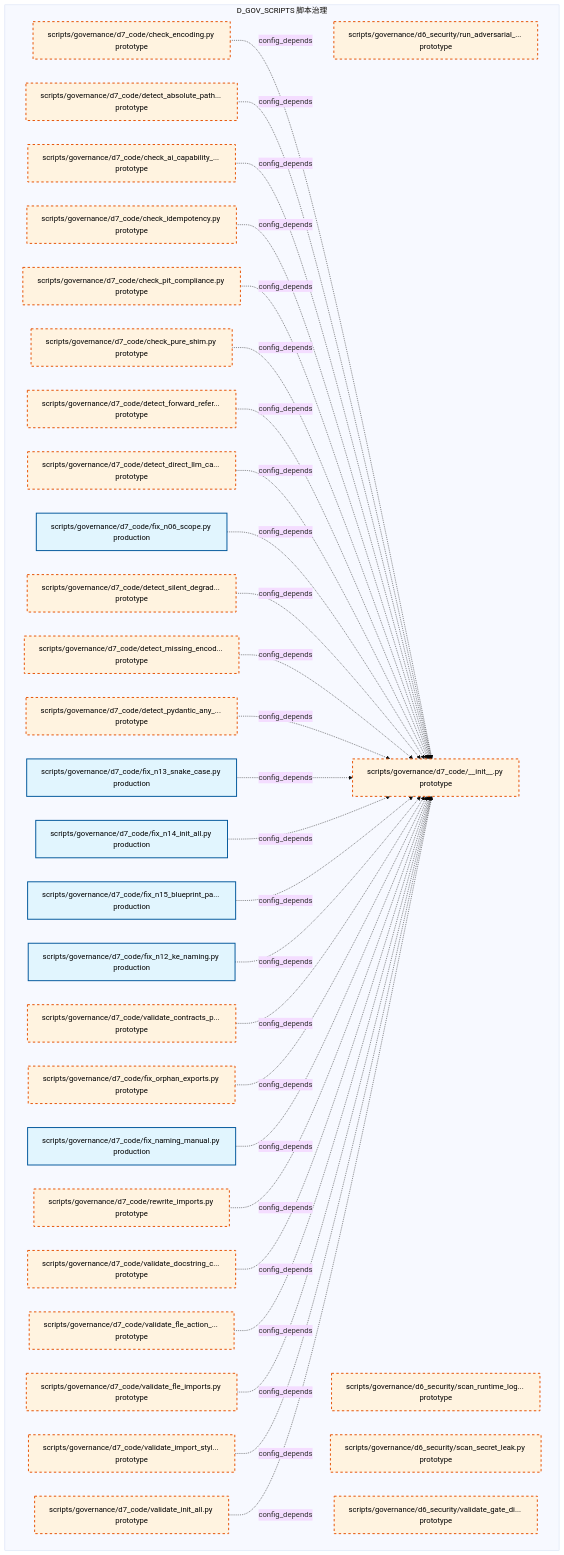
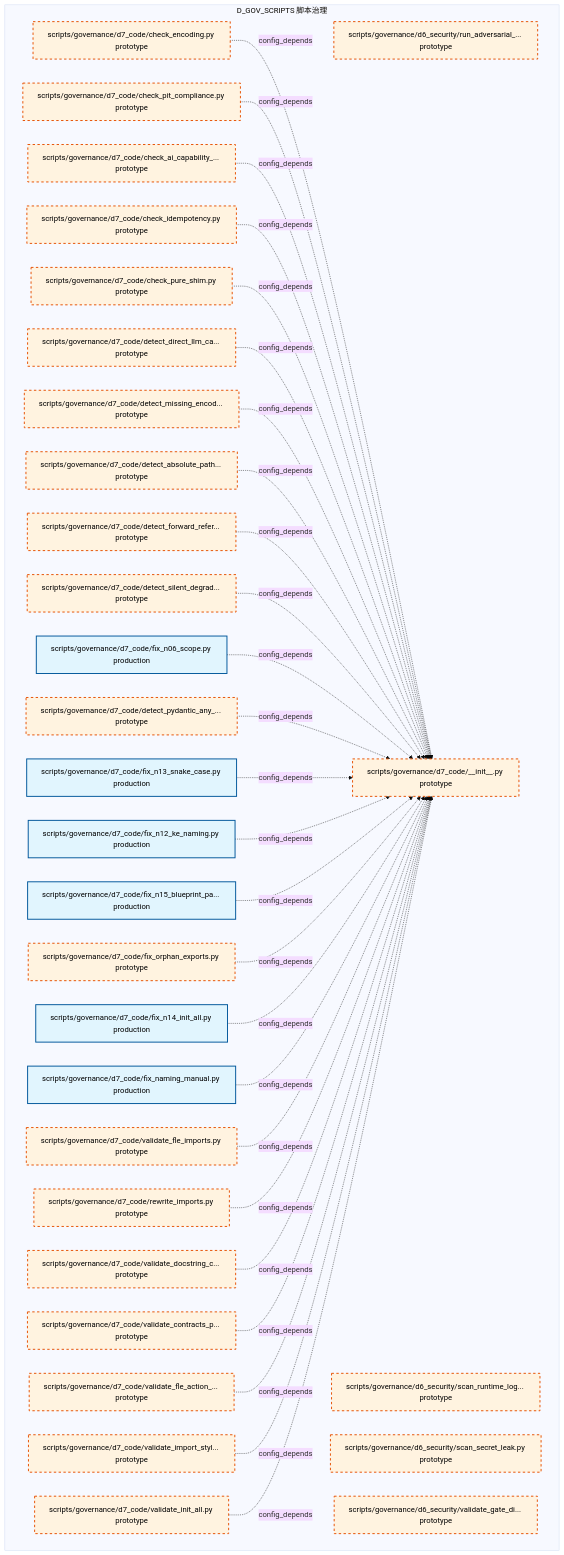
One commit to xuanFelixVan/ZephyrAlpha changed the tenth of 15 diagrams in docs/02_enterprise_architecture/02_domain_architecture_docs/39_d_gov_scripts.md. Above: the diagram before and after it, drawn with Mermaid (base theme). The commit also changed other lines of this file and 105 other files, not shown here.

````diff
--- a/docs/02_enterprise_architecture/02_domain_architecture_docs/39_d_gov_scripts.md
+++ b/docs/02_enterprise_architecture/02_domain_architecture_docs/39_d_gov_scripts.md
@@ -696,66 +696,66 @@
 ```mermaid
 graph TD
     subgraph D_GOV_SCRIPTS["D_GOV_SCRIPTS 脚本治理"]
         scripts_governance_d6_security_run_adversarial_checks_py["scripts/governance/d6_security/run_adversarial_... prototype"]
         scripts_governance_d6_security_scan_runtime_log_secrets_py["scripts/governance/d6_security/scan_runtime_log... prototype"]
         scripts_governance_d6_security_scan_secret_leak_py["scripts/governance/d6_security/scan_secret_leak.py prototype"]
         scripts_governance_d6_security_validate_gate_discipline_py["scripts/governance/d6_security/validate_gate_di... prototype"]
         scripts_governance_d7_code_init_py["scripts/governance/d7_code/__init__.py prototype"]
         scripts_governance_d7_code_check_ai_capability_boundary_py["scripts/governance/d7_code/check_ai_capability_... prototype"]
         scripts_governance_d7_code_check_encoding_py["scripts/governance/d7_code/check_encoding.py prototype"]
         scripts_governance_d7_code_check_idempotency_py["scripts/governance/d7_code/check_idempotency.py prototype"]
         scripts_governance_d7_code_check_pit_compliance_py["scripts/governance/d7_code/check_pit_compliance.py prototype"]
         scripts_governance_d7_code_check_pure_shim_py["scripts/governance/d7_code/check_pure_shim.py prototype"]
         scripts_governance_d7_code_detect_absolute_path_hardcoding_py["scripts/governance/d7_code/detect_absolute_path... prototype"]
         scripts_governance_d7_code_detect_direct_llm_calls_py["scripts/governance/d7_code/detect_direct_llm_ca... prototype"]
         scripts_governance_d7_code_detect_forward_reference_py["scripts/governance/d7_code/detect_forward_refer... prototype"]
         scripts_governance_d7_code_detect_missing_encoding_py["scripts/governance/d7_code/detect_missing_encod... prototype"]
         scripts_governance_d7_code_detect_pydantic_any_fields_py["scripts/governance/d7_code/detect_pydantic_any_... prototype"]
         scripts_governance_d7_code_detect_silent_degradation_py["scripts/governance/d7_code/detect_silent_degrad... prototype"]
         scripts_governance_d7_code_fix_n06_scope_py["scripts/governance/d7_code/fix_n06_scope.py production"]
         scripts_governance_d7_code_fix_n12_ke_naming_py["scripts/governance/d7_code/fix_n12_ke_naming.py production"]
         scripts_governance_d7_code_fix_n13_snake_case_py["scripts/governance/d7_code/fix_n13_snake_case.py production"]
         scripts_governance_d7_code_fix_n14_init_all_py["scripts/governance/d7_code/fix_n14_init_all.py production"]
         scripts_governance_d7_code_fix_n15_blueprint_path_py["scripts/governance/d7_code/fix_n15_blueprint_pa... production"]
         scripts_governance_d7_code_fix_naming_manual_py["scripts/governance/d7_code/fix_naming_manual.py production"]
         scripts_governance_d7_code_fix_orphan_exports_py["scripts/governance/d7_code/fix_orphan_exports.py prototype"]
         scripts_governance_d7_code_rewrite_imports_py["scripts/governance/d7_code/rewrite_imports.py prototype"]
         scripts_governance_d7_code_validate_contracts_purity_py["scripts/governance/d7_code/validate_contracts_p... prototype"]
         scripts_governance_d7_code_validate_docstring_coverage_py["scripts/governance/d7_code/validate_docstring_c... prototype"]
         scripts_governance_d7_code_validate_fle_action_metadata_py["scripts/governance/d7_code/validate_fle_action_... prototype"]
         scripts_governance_d7_code_validate_fle_imports_py["scripts/governance/d7_code/validate_fle_imports.py prototype"]
         scripts_governance_d7_code_validate_import_style_py["scripts/governance/d7_code/validate_import_styl... prototype"]
         scripts_governance_d7_code_validate_init_all_py["scripts/governance/d7_code/validate_init_all.py prototype"]
     end
     scripts_governance_d7_code_check_encoding_py -.->|config_depends| scripts_governance_d7_code_init_py
-    scripts_governance_d7_code_detect_absolute_path_hardcoding_py -.->|config_depends| scripts_governance_d7_code_init_py
+    scripts_governance_d7_code_check_pit_compliance_py -.->|config_depends| scripts_governance_d7_code_init_py
     scripts_governance_d7_code_check_ai_capability_boundary_py -.->|config_depends| scripts_governance_d7_code_init_py
     scripts_governance_d7_code_check_idempotency_py -.->|config_depends| scripts_governance_d7_code_init_py
-    scripts_governance_d7_code_check_pit_compliance_py -.->|config_depends| scripts_governance_d7_code_init_py
     scripts_governance_d7_code_check_pure_shim_py -.->|config_depends| scripts_governance_d7_code_init_py
+    scripts_governance_d7_code_detect_direct_llm_calls_py -.->|config_depends| scripts_governance_d7_code_init_py
+    scripts_governance_d7_code_detect_missing_encoding_py -.->|config_depends| scripts_governance_d7_code_init_py
+    scripts_governance_d7_code_detect_absolute_path_hardcoding_py -.->|config_depends| scripts_governance_d7_code_init_py
     scripts_governance_d7_code_detect_forward_reference_py -.->|config_depends| scripts_governance_d7_code_init_py
-    scripts_governance_d7_code_detect_direct_llm_calls_py -.->|config_depends| scripts_governance_d7_code_init_py
+    scripts_governance_d7_code_detect_silent_degradation_py -.->|config_depends| scripts_governance_d7_code_init_py
     scripts_governance_d7_code_fix_n06_scope_py -.->|config_depends| scripts_governance_d7_code_init_py
-    scripts_governance_d7_code_detect_silent_degradation_py -.->|config_depends| scripts_governance_d7_code_init_py
-    scripts_governance_d7_code_detect_missing_encoding_py -.->|config_depends| scripts_governance_d7_code_init_py
     scripts_governance_d7_code_detect_pydantic_any_fields_py -.->|config_depends| scripts_governance_d7_code_init_py
     scripts_governance_d7_code_fix_n13_snake_case_py -.->|config_depends| scripts_governance_d7_code_init_py
+    scripts_governance_d7_code_fix_n12_ke_naming_py -.->|config_depends| scripts_governance_d7_code_init_py
+    scripts_governance_d7_code_fix_n15_blueprint_path_py -.->|config_depends| scripts_governance_d7_code_init_py
+    scripts_governance_d7_code_fix_orphan_exports_py -.->|config_depends| scripts_governance_d7_code_init_py
     scripts_governance_d7_code_fix_n14_init_all_py -.->|config_depends| scripts_governance_d7_code_init_py
-    scripts_governance_d7_code_fix_n15_blueprint_path_py -.->|config_depends| scripts_governance_d7_code_init_py
-    scripts_governance_d7_code_fix_n12_ke_naming_py -.->|config_depends| scripts_governance_d7_code_init_py
-    scripts_governance_d7_code_validate_contracts_purity_py -.->|config_depends| scripts_governance_d7_code_init_py
-    scripts_governance_d7_code_fix_orphan_exports_py -.->|config_depends| scripts_governance_d7_code_init_py
     scripts_governance_d7_code_fix_naming_manual_py -.->|config_depends| scripts_governance_d7_code_init_py
+    scripts_governance_d7_code_validate_fle_imports_py -.->|config_depends| scripts_governance_d7_code_init_py
     scripts_governance_d7_code_rewrite_imports_py -.->|config_depends| scripts_governance_d7_code_init_py
     scripts_governance_d7_code_validate_docstring_coverage_py -.->|config_depends| scripts_governance_d7_code_init_py
+    scripts_governance_d7_code_validate_contracts_purity_py -.->|config_depends| scripts_governance_d7_code_init_py
     scripts_governance_d7_code_validate_fle_action_metadata_py -.->|config_depends| scripts_governance_d7_code_init_py
-    scripts_governance_d7_code_validate_fle_imports_py -.->|config_depends| scripts_governance_d7_code_init_py
     scripts_governance_d7_code_validate_import_style_py -.->|config_depends| scripts_governance_d7_code_init_py
     scripts_governance_d7_code_validate_init_all_py -.->|config_depends| scripts_governance_d7_code_init_py
     classDef production fill:#e1f5fe,stroke:#01579b,stroke-width:2px,color:#000
     classDef design fill:#fff3e0,stroke:#e65100,stroke-width:2px,color:#000,stroke-dasharray: 5 5
     classDef external_prod fill:#e8f5e9,stroke:#1b5e20,stroke-width:1px,color:#000
     classDef external_design fill:#fce4ec,stroke:#880e4f,stroke-width:1px,color:#000,stroke-dasharray: 5 5
     class scripts_governance_d7_code_fix_n06_scope_py,scripts_governance_d7_code_fix_n12_ke_naming_py,scripts_governance_d7_code_fix_n13_snake_case_py,scripts_governance_d7_code_fix_n14_init_all_py,scripts_governance_d7_code_fix_n15_blueprint_path_py,scripts_governance_d7_code_fix_naming_manual_py production
     class scripts_governance_d6_security_run_adversarial_checks_py,scripts_governance_d6_security_scan_runtime_log_secrets_py,scripts_governance_d6_security_scan_secret_leak_py,scripts_governance_d6_security_validate_gate_discipline_py,scripts_governance_d7_code_init_py,scripts_governance_d7_code_check_ai_capability_boundary_py,scripts_governance_d7_code_check_encoding_py,scripts_governance_d7_code_check_idempotency_py,scripts_governance_d7_code_check_pit_compliance_py,scripts_governance_d7_code_check_pure_shim_py,scripts_governance_d7_code_detect_absolute_path_hardcoding_py,scripts_governance_d7_code_detect_direct_llm_calls_py,scripts_governance_d7_code_detect_forward_reference_py,scripts_governance_d7_code_detect_missing_encoding_py,scripts_governance_d7_code_detect_pydantic_any_fields_py,scripts_governance_d7_code_detect_silent_degradation_py,scripts_governance_d7_code_fix_orphan_exports_py,scripts_governance_d7_code_rewrite_imports_py,scripts_governance_d7_code_validate_contracts_purity_py,scripts_governance_d7_code_validate_docstring_coverage_py,scripts_governance_d7_code_validate_fle_action_metadata_py,scripts_governance_d7_code_validate_fle_imports_py,scripts_governance_d7_code_validate_import_style_py,scripts_governance_d7_code_validate_init_all_py design
 ```
````
